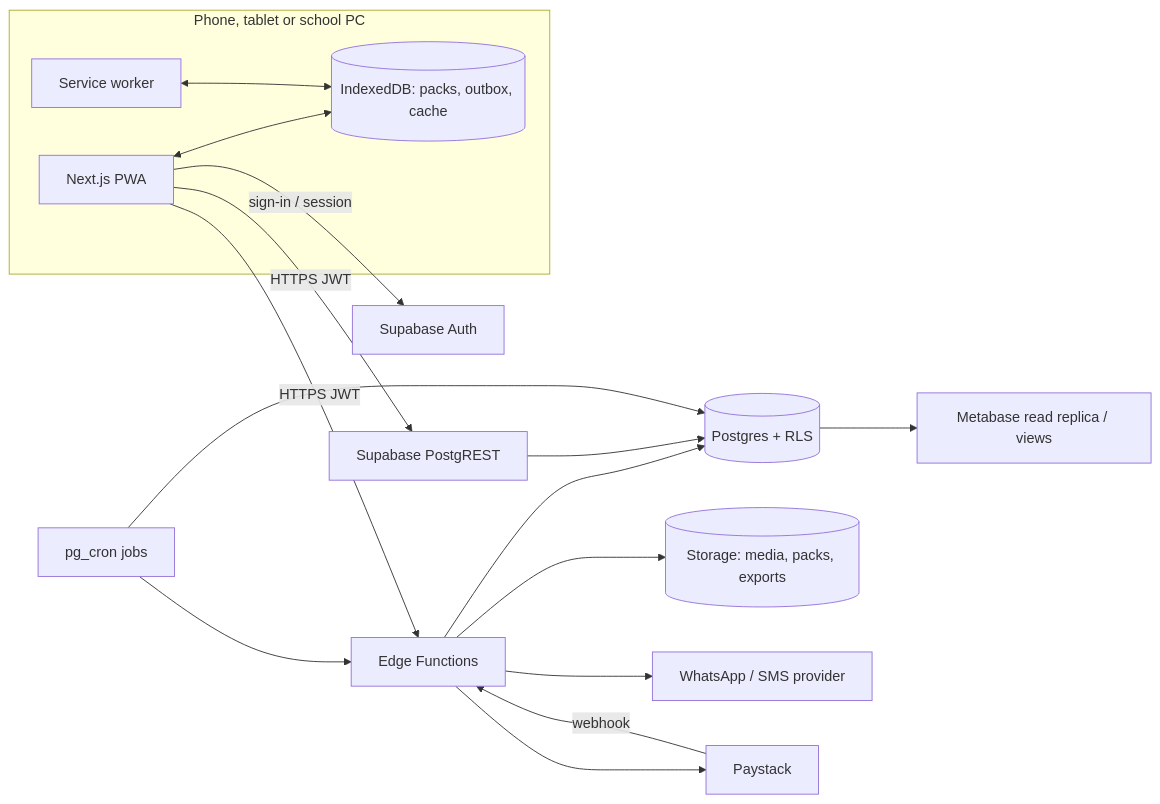
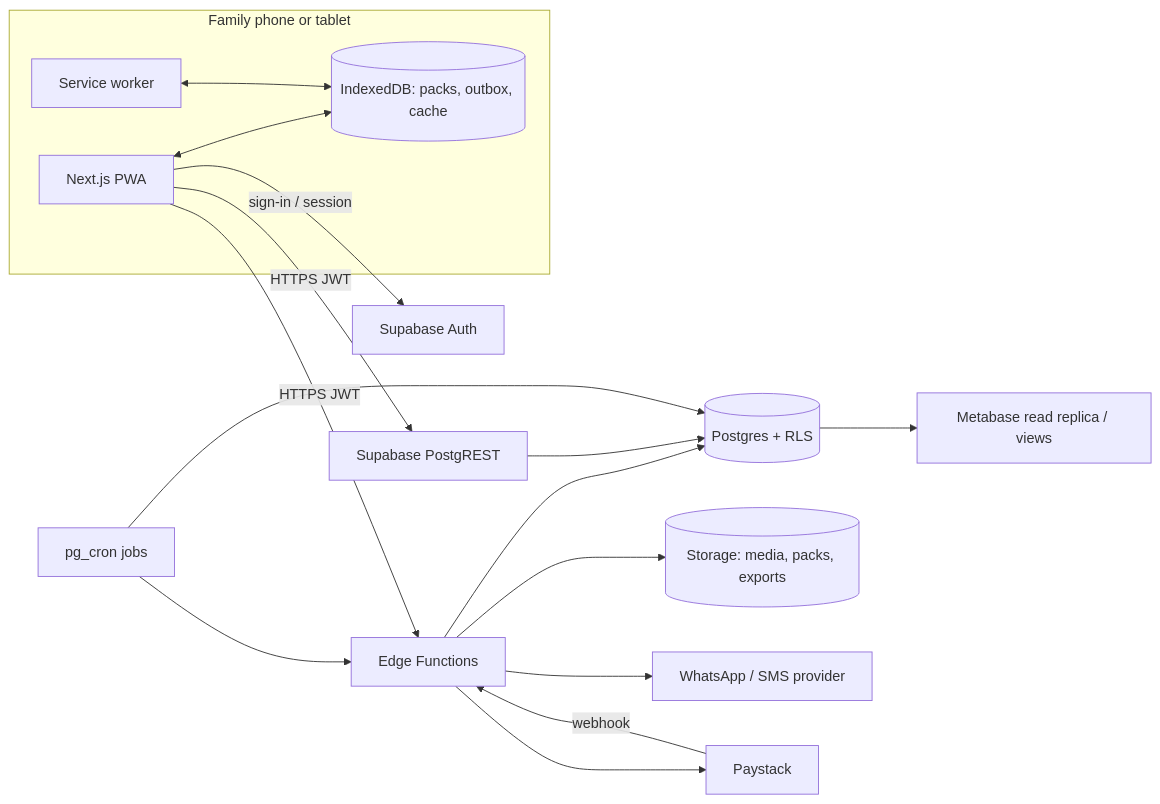
Before and after one commit to 0biken/Stellara: the first of 2 diagrams in docs/md/04-technical-architecture.md, drawn with Mermaid. The commit also changed other lines of this file and 56 other files, not shown here.

````diff
--- a/docs/md/04-technical-architecture.md
+++ b/docs/md/04-technical-architecture.md
@@ -19,22 +19,22 @@
 ```mermaid
 flowchart LR
-  subgraph Device[Phone, tablet or school PC]
+  subgraph Device[Family phone or tablet]
     UI[Next.js PWA]
     SW[Service worker]
     IDB[(IndexedDB: packs, outbox, cache)]
     UI <--> IDB
     SW <--> IDB
   end
   UI -- HTTPS JWT --> PR[Supabase PostgREST]
   UI -- HTTPS JWT --> EF[Edge Functions]
   UI -- sign-in / session --> AUTH[Supabase Auth]
   EF --> DB[(Postgres + RLS)]
   PR --> DB
   EF --> ST[(Storage: media, packs, exports)]
   CRON[pg_cron jobs] --> DB
   CRON --> EF
   EF --> MSG[WhatsApp / SMS provider]
   EF --> PAY[Paystack]
   PAY -- webhook --> EF
   DB --> MB[Metabase read replica / views]
 ```
````
